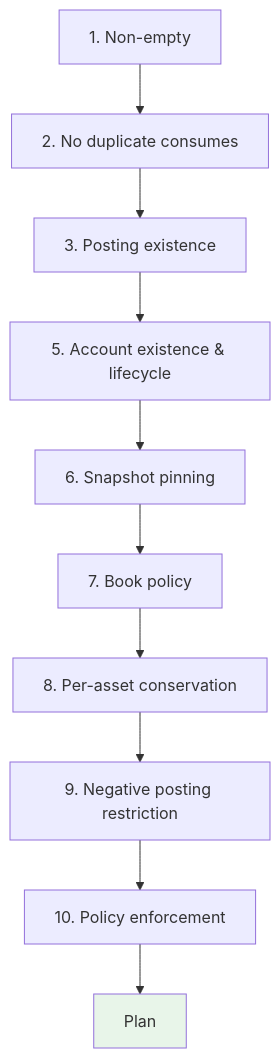
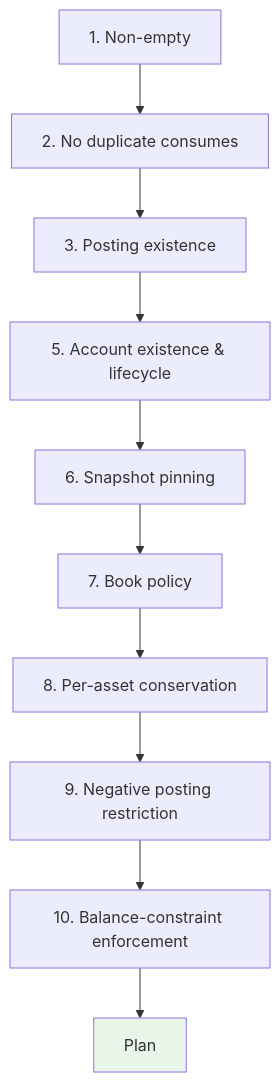
The first of 4 diagrams in doc/crates.md (crodas/kuatia), drawn with Mermaid before and after one commit. The commit also changed other lines of this file and 32 other files, not shown here.

````diff
--- a/doc/crates.md
+++ b/doc/crates.md
@@ -48,13 +47,13 @@
 ```mermaid
 graph TD
     A[1. Non-empty] --> B[2. No duplicate consumes]
     B --> C[3. Posting existence]
     C --> E[5. Account existence & lifecycle]
     E --> F[6. Snapshot pinning]
     F --> BP[7. Book policy]
     BP --> G[8. Per-asset conservation]
     G --> H[9. Negative posting restriction]
-    H --> J[10. Policy enforcement]
+    H --> J[10. Balance-constraint enforcement]
     J --> I[Plan]
     style I fill:#e8f5e9
 ```
````
